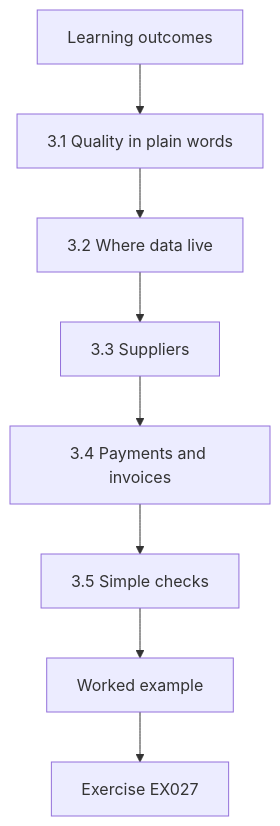
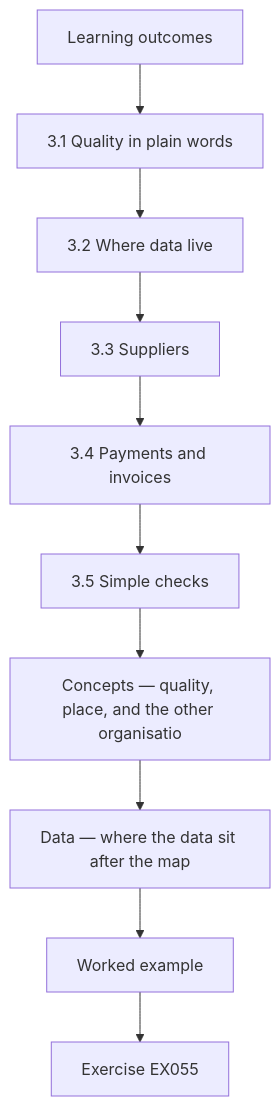
Before and after one commit to hiagokinlevi/CyKin: the seventh of 12 diagrams in levels/rapid-1-month/data-governance/en/book/MANUSCRIPT.md, drawn with Mermaid. The commit also changed other lines of this file and 1 other file, not shown here.

First line of the commit message:
Deepen the rapid data-governance lessons in English and Portuguese.

````diff
--- a/levels/rapid-1-month/data-governance/en/book/MANUSCRIPT.md
+++ b/levels/rapid-1-month/data-governance/en/book/MANUSCRIPT.md
@@ -279,12 +401,14 @@
 ```mermaid
 flowchart TD
   N0["Learning outcomes"]
   N1["3.1 Quality in plain words"]
   N2["3.2 Where data live"]
   N3["3.3 Suppliers"]
   N4["3.4 Payments and invoices"]
   N5["3.5 Simple checks"]
-  N0 --> N1 --> N2 --> N3 --> N4 --> N5
-  N5 --> EX["Worked example"]
-  EX --> Q["Exercise EX027"]
+  N6["Concepts — quality, place, and the other organisatio"]
+  N7["Data — where the data sit after the map"]
+  N0 --> N1 --> N2 --> N3 --> N4 --> N5 --> N6 --> N7
+  N7 --> EX["Worked example"]
+  EX --> Q["Exercise EX055"]
 ```
````
